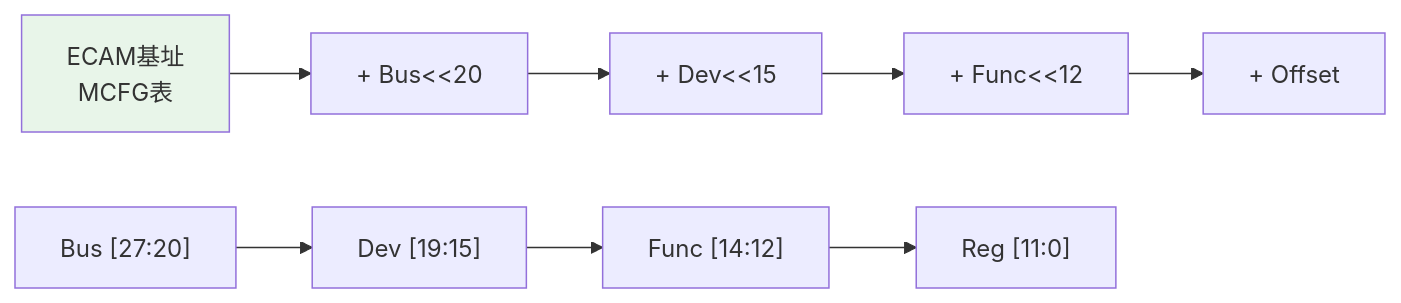
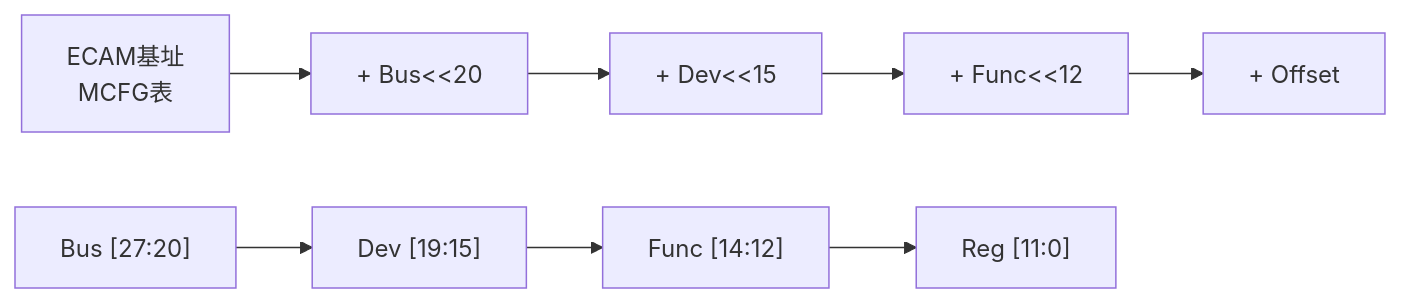
One commit to swjtuer326/cs-learning-notes changed the first of 4 diagrams in pcie/ecam-config-space.md. Above: the diagram before and after it, drawn with Mermaid. The commit also changed other lines of this file and 1 other file, not shown here.

First line of the commit message:
docs(pcie): 重构BAR资源分配文档，修复ECAM图表格式

````diff
--- a/pcie/ecam-config-space.md
+++ b/pcie/ecam-config-space.md
@@ -86,13 +86,11 @@
 ```mermaid
-%%{init: {"theme": "base", "themeVariables": {"primaryColor": "#f8fafc", "primaryTextColor": "#1e293b", "primaryBorderColor": "#475569", "lineColor": "#64748b", "secondaryColor": "#f1f5f9", "secondaryBorderColor": "#94a3b8", "tertiaryColor": "#f8fafc", "fontFamily": ""trebuchet ms", verdana, arial, sans-serif"}}}%%
+%%{init: {"theme": "base", "themeVariables": {"primaryColor": "#f8fafc", "primaryTextColor": "#1e293b", "primaryBorderColor": "#475569", "lineColor": "#64748b", "secondaryColor": "#f1f5f9", "secondaryBorderColor": "#94a3b8", "tertiaryColor": "#f8fafc", "fontFamily": "'trebuchet ms', verdana, arial, sans-serif"}}}%%
 graph LR
     BASE["ECAM基址<br/>MCFG表"] --> ADD["+ Bus<<20"]
     ADD --> ADD2["+ Dev<<15"]
     ADD2 --> ADD3["+ Func<<12"]
     ADD3 --> ADD4["+ Offset"]
     B["Bus [27:20]"] --> D["Dev [19:15]"]
     D --> F["Func [14:12]"]
     F --> R["Reg [11:0]"]
-
-    style BASE fill:#e8f5e9
 ```
````
